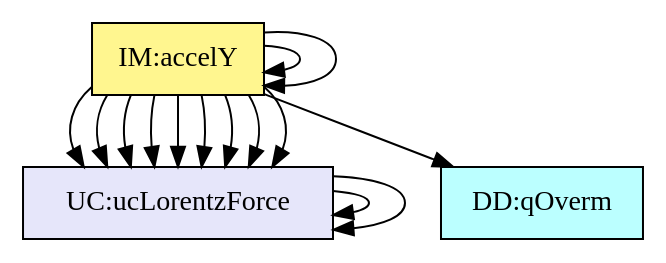
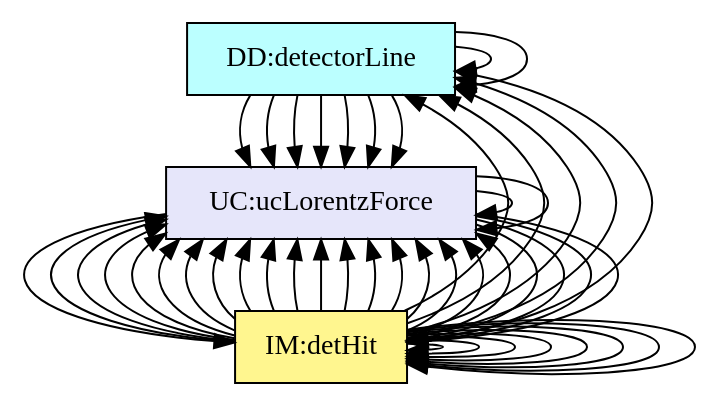
The diagram in code/stable/trajecto/TraceyGraph/allvsall.dot (JoeZZG/Drasil741), drawn with Graphviz before and after one commit. The commit also changed 22 other files, not shown here.

```diff
--- a/code/stable/trajecto/TraceyGraph/allvsall.dot
+++ b/code/stable/trajecto/TraceyGraph/allvsall.dot
@@ -1,97 +1,137 @@
 digraph allvsall {
+	dataDefn:Evec -> instance:prescribedFields;
+	dataDefn:Evec -> instance:eAxisAligned;
+	dataDefn:Bvec -> instance:prescribedFields;
+	dataDefn:Bvec -> instance:bPerpPlane;
+	dataDefn:Ri -> instance:rectRegions;
+	dataDefn:Ei -> instance:piecewiseUniform;
+	dataDefn:Ei -> dataDefn:Evec;
+	dataDefn:Ei -> dataDefn:Bvec;
+	dataDefn:Ldet -> instance:lineDetector;
 	theory:lorentzForceCS -> instance:singleParticle;
 	theory:lorentzForceCS -> instance:prescribedFields;
 	theory:eqnMotionCS -> instance:singleParticle;
 	theory:eqnMotionCS -> instance:prescribedFields;
 	theory:eqnMotionCS -> instance:lorentzOnly;
 	theory:eqnMotionCS -> theory:lorentzForceCS;
-	theory:ax -> instance:prescribedFields;
-	theory:ax -> instance:twoDMotion;
-	theory:ax -> instance:bPerpPlane;
-	theory:ax -> instance:eAxisAligned;
-	theory:ax -> dataDefn:kappa;
-	theory:ay -> theory:ax;
+	theory:kin2DRC -> instance:twoDMotion;
+	theory:kin2DRC -> theory:velocityTM;
+	theory:vCrossB -> instance:twoDMotion;
+	theory:vCrossB -> instance:bPerpPlane;
+	theory:dyn2DRC -> instance:prescribedFields;
+	theory:dyn2DRC -> instance:twoDMotion;
+	theory:dyn2DRC -> instance:bPerpPlane;
+	theory:dyn2DRC -> instance:eAxisAligned;
+	theory:dyn2DRC -> dataDefn:kappa;
+	theory:dyn2DRC -> theory:lorentzForceCS;
+	theory:dyn2DRC -> theory:eqnMotionCS;
+	theory:dyn2DRC -> theory:vCrossB;
+	theory:stateEvolRC -> instance:singleParticle;
+	theory:stateEvolRC -> instance:noInteractions;
+	theory:stateEvolRC -> instance:twoDMotion;
+	theory:stateEvolRC -> instance:lorentzOnly;
+	theory:stateEvolRC -> dataDefn:kappa;
+	theory:stateEvolRC -> dataDefn:s0;
+	theory:stateEvolRC -> dataDefn:Ei;
+	theory:stateEvolRC -> theory:kin2DRC;
+	theory:stateEvolRC -> theory:dyn2DRC;
+	theory:detHitIM -> instance:lineDetector;
+	theory:detHitIM -> instance:fullDetection;
+	theory:detHitIM -> dataDefn:Ldet;
+	theory:detHitIM -> theory:stateEvolRC;
+	instance:computeTraj -> theory:stateEvolRC;
+	instance:reportOutputs -> theory:stateEvolRC;
+	instance:reportOutputs -> theory:detHitIM;
+	instance:predictTrajectory -> theory:stateEvolRC;
+	instance:determineDetectorOutcome -> theory:detHitIM;
 	instance:lcExtendTo3D -> instance:twoDMotion;
 	instance:ucLorentzForce -> instance:lorentzOnly;
 
 
 	instance:piecewiseUniform	[shape=box, color=black, style=filled, fillcolor=mistyrose, label="A:piecewiseUniform"];
 	instance:singleParticle	[shape=box, color=black, style=filled, fillcolor=mistyrose, label="A:singleParticle"];
 	instance:noInteractions	[shape=box, color=black, style=filled, fillcolor=mistyrose, label="A:noInteractions"];
 	instance:prescribedFields	[shape=box, color=black, style=filled, fillcolor=mistyrose, label="A:prescribedFields"];
 	instance:twoDMotion	[shape=box, color=black, style=filled, fillcolor=mistyrose, label="A:twoDMotion"];
 	instance:bPerpPlane	[shape=box, color=black, style=filled, fillcolor=mistyrose, label="A:bPerpPlane"];
 	instance:eAxisAligned	[shape=box, color=black, style=filled, fillcolor=mistyrose, label="A:eAxisAligned"];
 	instance:rectRegions	[shape=box, color=black, style=filled, fillcolor=mistyrose, label="A:rectRegions"];
 	instance:lineDetector	[shape=box, color=black, style=filled, fillcolor=mistyrose, label="A:lineDetector"];
 	instance:fullDetection	[shape=box, color=black, style=filled, fillcolor=mistyrose, label="A:fullDetection"];
 	instance:lorentzOnly	[shape=box, color=black, style=filled, fillcolor=mistyrose, label="A:lorentzOnly"];
 
 	subgraph A {
 	rank="same"
 	{instance:piecewiseUniform, instance:singleParticle, instance:noInteractions, instance:prescribedFields, instance:twoDMotion, instance:bPerpPlane, instance:eAxisAligned, instance:rectRegions, instance:lineDetector, instance:fullDetection, instance:lorentzOnly}
 	}
 
 	dataDefn:kappa	[shape=box, color=black, style=filled, fillcolor=paleturquoise1, label="DD:qOverm"];
+	dataDefn:s0	[shape=box, color=black, style=filled, fillcolor=paleturquoise1, label="DD:initState"];
+	dataDefn:Evec	[shape=box, color=black, style=filled, fillcolor=paleturquoise1, label="DD:eField"];
+	dataDefn:Bvec	[shape=box, color=black, style=filled, fillcolor=paleturquoise1, label="DD:bField"];
+	dataDefn:Ri	[shape=box, color=black, style=filled, fillcolor=paleturquoise1, label="DD:regionRect"];
+	dataDefn:Ei	[shape=box, color=black, style=filled, fillcolor=paleturquoise1, label="DD:fieldsByRegion"];
+	dataDefn:Ldet	[shape=box, color=black, style=filled, fillcolor=paleturquoise1, label="DD:detectorLine"];
 
 	subgraph DD {
 	rank="same"
-	{dataDefn:kappa}
+	{dataDefn:kappa, dataDefn:s0, dataDefn:Evec, dataDefn:Bvec, dataDefn:Ri, dataDefn:Ei, dataDefn:Ldet}
 	}
 
 	theory:velocityTM	[shape=box, color=black, style=filled, fillcolor=pink, label="TM:velocity"];
 	theory:accelerationTM	[shape=box, color=black, style=filled, fillcolor=pink, label="TM:acceleration"];
 	theory:lorentzForceCS	[shape=box, color=black, style=filled, fillcolor=pink, label="TM:lorentzForce"];
 	theory:eqnMotionCS	[shape=box, color=black, style=filled, fillcolor=pink, label="TM:eqnMotion"];
 
 	subgraph TM {
 	rank="same"
 	{theory:velocityTM, theory:accelerationTM, theory:lorentzForceCS, theory:eqnMotionCS}
 	}
 
-	theory:ax	[shape=box, color=black, style=filled, fillcolor=palegreen, label="GD:xAccelEM"];
-	theory:ay	[shape=box, color=black, style=filled, fillcolor=palegreen, label="GD:yAccelEM"];
+	theory:kin2DRC	[shape=box, color=black, style=filled, fillcolor=palegreen, label="GD:kin2D"];
+	theory:vCrossB	[shape=box, color=black, style=filled, fillcolor=palegreen, label="GD:vCrossB2D"];
+	theory:dyn2DRC	[shape=box, color=black, style=filled, fillcolor=palegreen, label="GD:dyn2D"];
 
 	subgraph GD {
 	rank="same"
-	{theory:ax, theory:ay}
+	{theory:kin2DRC, theory:vCrossB, theory:dyn2DRC}
 	}
 
-	theory:accelXIM	[shape=box, color=black, style=filled, fillcolor=khaki1, label="IM:accelX"];
-	theory:accelYIM	[shape=box, color=black, style=filled, fillcolor=khaki1, label="IM:accelY"];
+	theory:stateEvolRC	[shape=box, color=black, style=filled, fillcolor=khaki1, label="IM:stateEvol"];
+	theory:detHitIM	[shape=box, color=black, style=filled, fillcolor=khaki1, label="IM:detHit"];
 
 	subgraph IM {
 	rank="same"
-	{theory:accelXIM, theory:accelYIM}
+	{theory:stateEvolRC, theory:detHitIM}
 	}
 
 	instance:inputValues	[shape=box, color=black, style=filled, fillcolor=ivory, label="FR:inputValues"];
 	instance:echoInputs	[shape=box, color=black, style=filled, fillcolor=ivory, label="FR:echoInputs"];
 	instance:computeTraj	[shape=box, color=black, style=filled, fillcolor=ivory, label="FR:computeTraj"];
 	instance:reportOutputs	[shape=box, color=black, style=filled, fillcolor=ivory, label="FR:reportOutputs"];
 	instance:correct	[shape=box, color=black, style=filled, fillcolor=ivory, label="NFR:correct"];
 	instance:maintainable	[shape=box, color=black, style=filled, fillcolor=ivory, label="NFR:maintainable"];
 	instance:portable	[shape=box, color=black, style=filled, fillcolor=ivory, label="NFR:portable"];
 
 	subgraph FR {
 	rank="same"
 	{instance:inputValues, instance:echoInputs, instance:computeTraj, instance:reportOutputs, instance:correct, instance:maintainable, instance:portable}
 	}
 
 	instance:predictTrajectory	[shape=box, color=black, style=filled, fillcolor=darkgoldenrod1, label="GS:predictTrajectory"];
 	instance:determineDetectorOutcome	[shape=box, color=black, style=filled, fillcolor=darkgoldenrod1, label="GS:determineDetectorOutcome"];
 
 	subgraph GS {
 	rank="same"
 	{instance:predictTrajectory, instance:determineDetectorOutcome}
 	}
 
 	instance:lcExtendTo3D	[shape=box, color=black, style=filled, fillcolor=lavender, label="LC:lcExtendTo3D"];
 	instance:ucLorentzForce	[shape=box, color=black, style=filled, fillcolor=lavender, label="UC:ucLorentzForce"];
 
 	subgraph LC {
 	rank="same"
 	{instance:lcExtendTo3D, instance:ucLorentzForce}
 	}
 
 }
```
